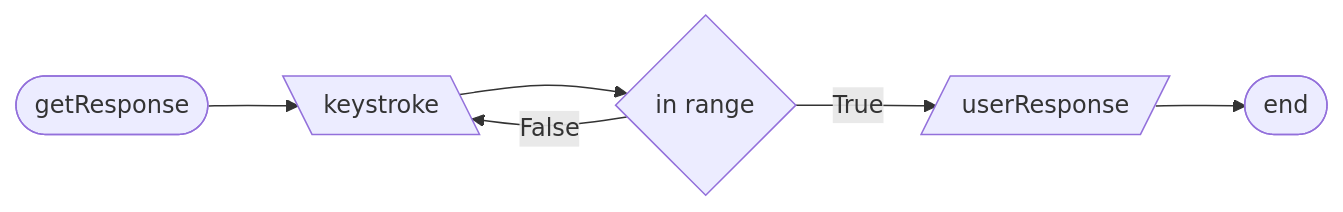
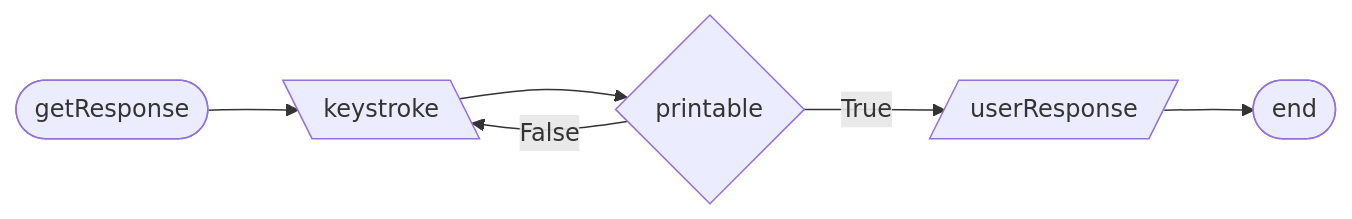
One commit to 7s4e/p3 changed the eighth of 14 diagrams in scripts/console/design.md. Above: the diagram before and after it, drawn with Mermaid. The commit also changed other lines of this file, not shown here.

````diff
--- a/scripts/console/design.md
+++ b/scripts/console/design.md
@@ -224,13 +224,13 @@
 ```mermaid
 flowchart LR
     GRES([getResponse])
         GRES --> GKEY
     GKEY[\keystroke\]
-        GKEY          --> NRNG
-        NRNG -- False --> GKEY
-    NRNG{in range}
-        NRNG -- True --> WRES
+        GKEY          --> PRNT
+        PRNT -- False --> GKEY
+    PRNT{printable}
+        PRNT -- True --> WRES
     WRES[/userResponse/]
         WRES --> TEND
     TEND([end])
 ```
````
